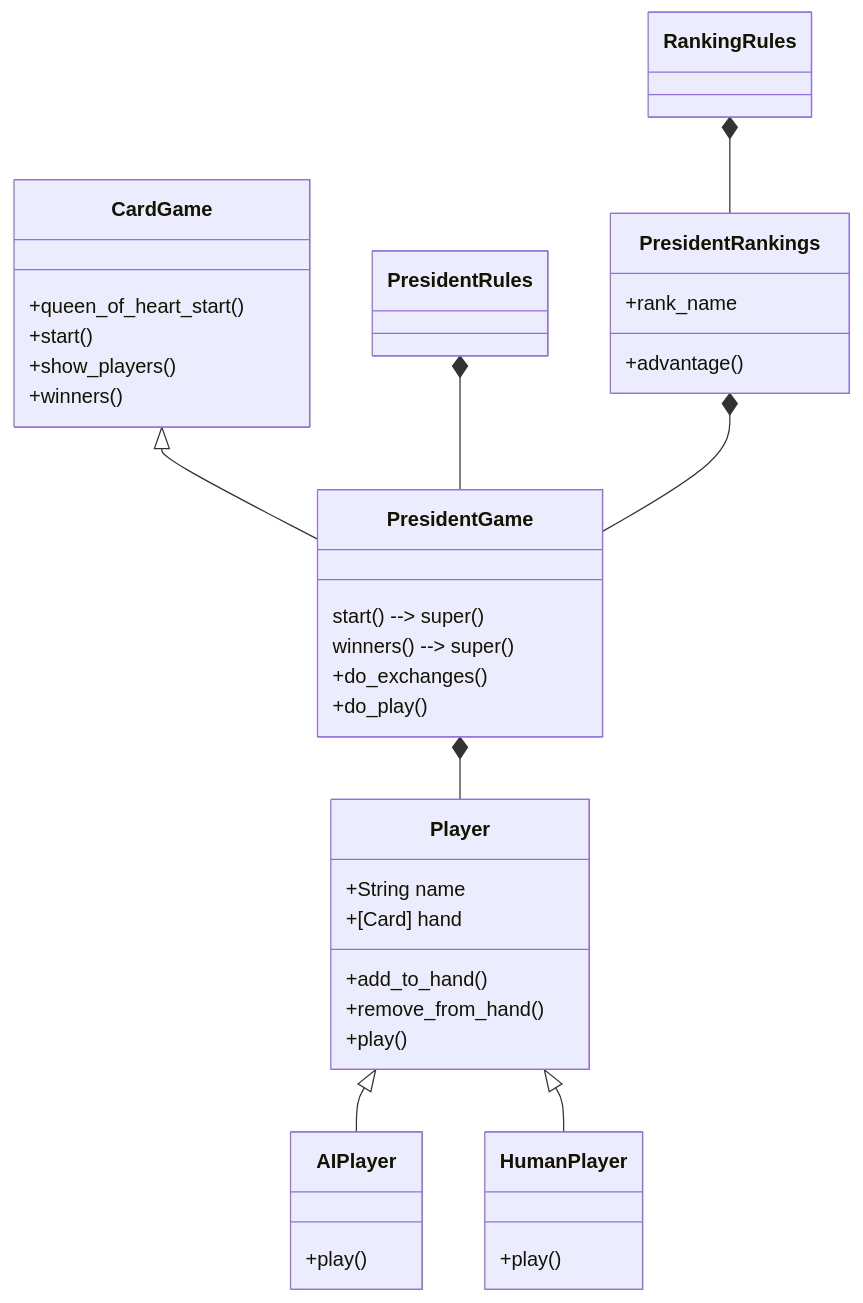
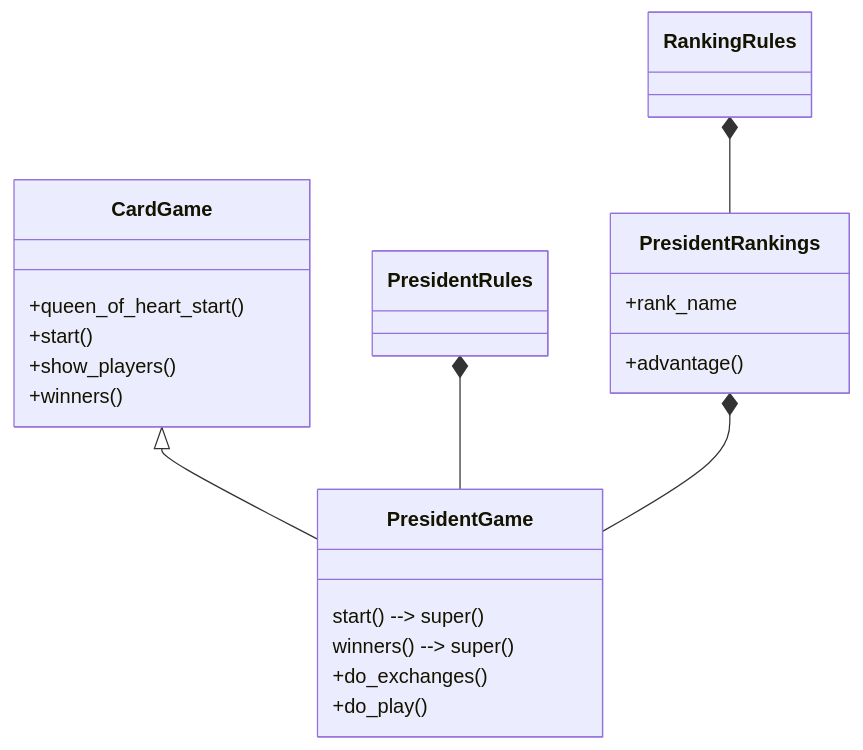
The third of 6 diagrams in README.md (Mistayan/President-Game), drawn with Mermaid before and after one commit.

Commit message:
updated schemas for more pertinences
Game *-- Player

````diff
--- a/README.md
+++ b/README.md
@@ -94,41 +111,26 @@
 ```mermaid
 classDiagram
     CardGame <|-- PresidentGame
     RankingRules *-- PresidentRankings
     PresidentRules *-- PresidentGame
     PresidentRankings *-- PresidentGame
-    PresidentGame *-- Player
-    Player <|-- AIPlayer
-    Player <|-- HumanPlayer
     
     class CardGame{
         +queen_of_heart_start()
         +start()
         +show_players()
         +winners()
     }
     class PresidentGame{
         start() --> super()
         winners() --> super()
         +do_exchanges()
         +do_play()
     }
-    class Player{
-        +String name
-        +[Card] hand
-        +add_to_hand()
-        +remove_from_hand()
-        +play()
-    }
     class PresidentRankings{
         +rank_name
         +advantage()
     }
-    class AIPlayer{
-        +play()
-    }
-    class HumanPlayer{
-        +play()
-    }
+
     
 ```
````
